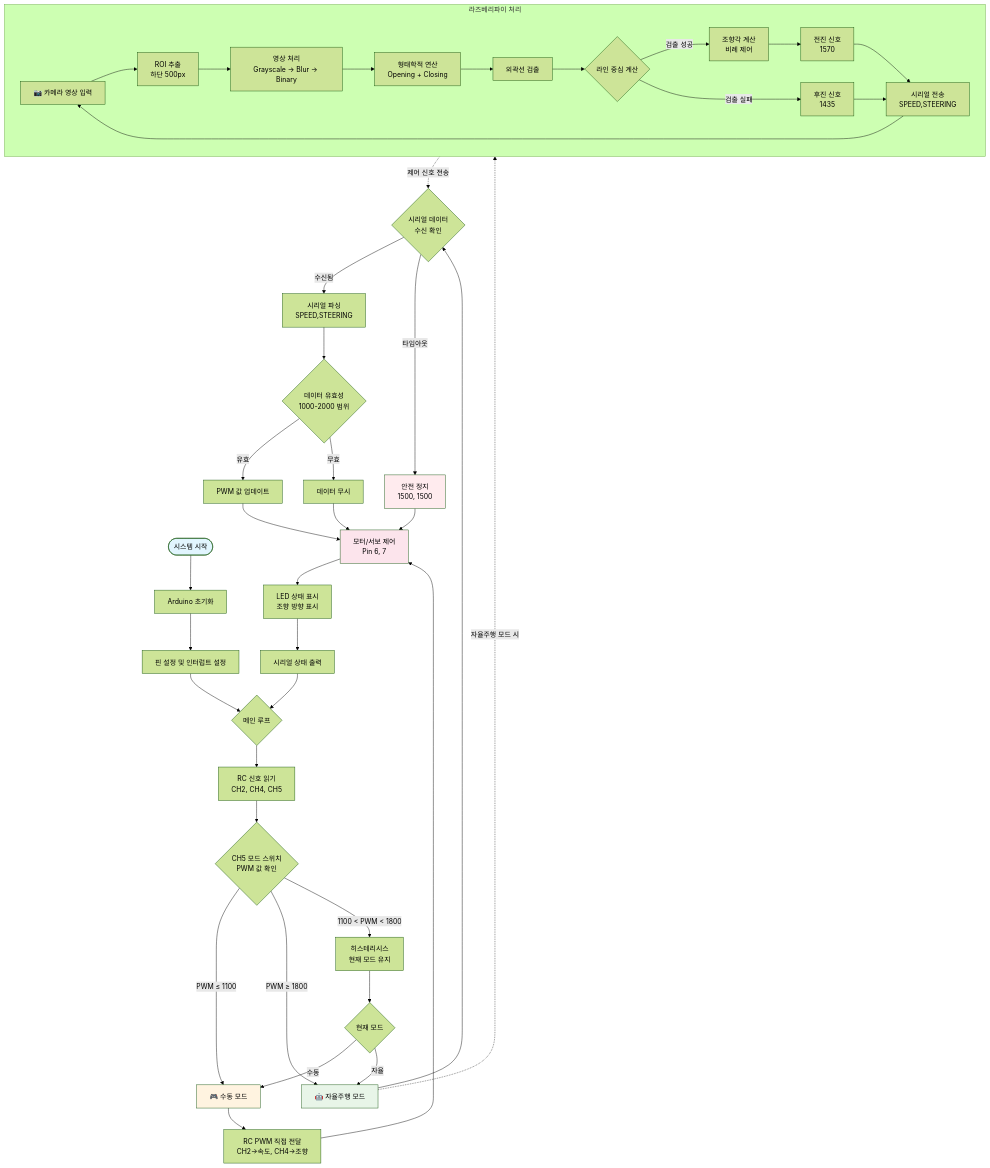
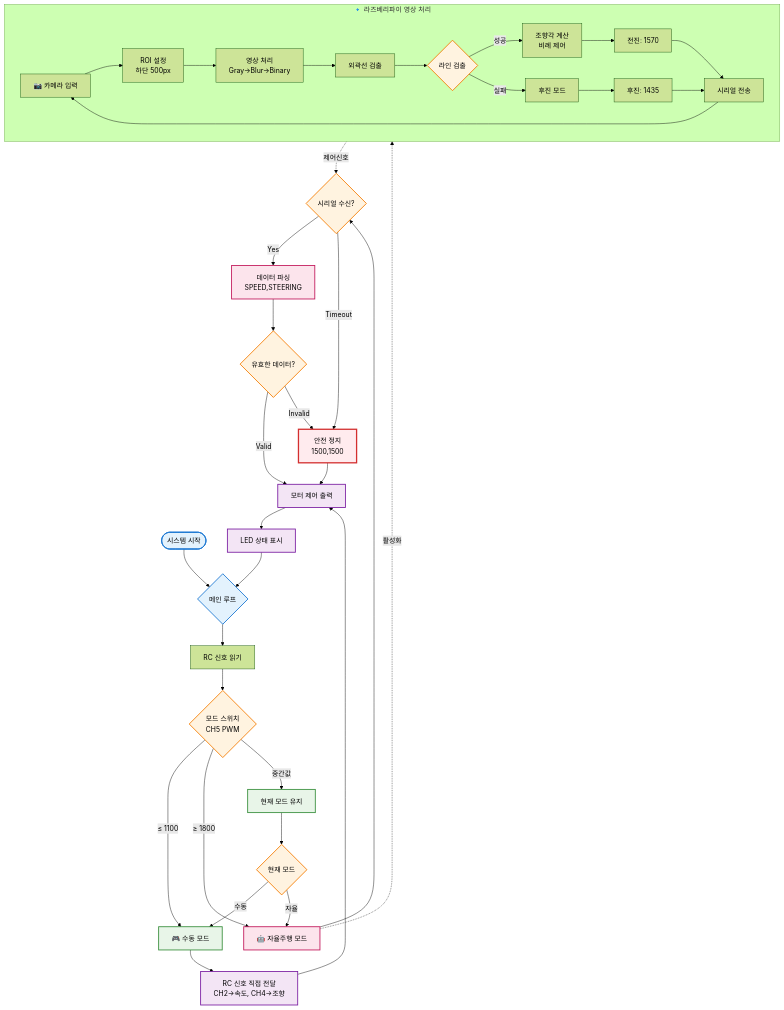
Before and after one commit to happycat0502/mission_3: the diagram in README.md, drawn with Mermaid (forest theme).

````diff
--- a/README.md
+++ b/README.md
@@ -224,62 +224,71 @@
 ```mermaid
 flowchart TD
-    Start([시스템 시작]) --> Init[Arduino 초기화]
-    Init --> Setup[핀 설정 및 인터럽트 설정]
-    Setup --> MainLoop{메인 루프}
+    %% Arduino 메인 시스템
+    Start([시스템 시작]) --> MainLoop{메인 루프}
+    MainLoop --> ReadRC[RC 신호 읽기]
+    ReadRC --> CheckMode{모드 스위치<br/>CH5 PWM}
     
-    MainLoop --> ReadRC[RC 신호 읽기<br/>CH2, CH4, CH5]
-    ReadRC --> CheckMode{CH5 모드 스위치<br/>PWM 값 확인}
+    %% 모드 분기
+    CheckMode -->|≤ 1100| Manual[🎮 수동 모드]
+    CheckMode -->|≥ 1800| Auto[🤖 자율주행 모드]
+    CheckMode -->|중간값| Hysteresis[현재 모드 유지]
     
-    CheckMode -->|PWM ≤ 1100| ManualMode[🎮 수동 모드]
-    CheckMode -->|PWM ≥ 1800| AutoMode[🤖 자율주행 모드]
-    CheckMode -->|1100 < PWM < 1800| Hysteresis[히스테리시스<br/>현재 모드 유지]
+    %% 수동 모드 처리
+    Manual --> DirectControl[RC 신호 직접 전달<br/>CH2→속도, CH4→조향]
+    DirectControl --> Output[모터 제어 출력]
     
-    ManualMode --> DirectPWM[RC PWM 직접 전달<br/>CH2→속도, CH4→조향]
-    DirectPWM --> MotorOutput[모터/서보 제어<br/>Pin 6, 7]
+    %% 자율주행 모드 처리
+    Auto --> SerialCheck{시리얼 수신?}
+    SerialCheck -->|Yes| ParseData[데이터 파싱<br/>SPEED,STEERING]
+    SerialCheck -->|Timeout| SafeStop[안전 정지<br/>1500,1500]
     
-    AutoMode --> SerialCheck{시리얼 데이터<br/>수신 확인}
-    SerialCheck -->|수신됨| ParseSerial[시리얼 파싱<br/>SPEED,STEERING]
-    SerialCheck -->|타임아웃| SafetyStop[안전 정지<br/>1500, 1500]
+    ParseData --> Validate{유효한 데이터?}
+    Validate -->|Valid| Output
+    Validate -->|Invalid| SafeStop
+    SafeStop --> Output
     
-    ParseSerial --> ValidateData{데이터 유효성<br/>1000-2000 범위}
-    ValidateData -->|유효| UpdatePWM[PWM 값 업데이트]
-    ValidateData -->|무효| IgnoreData[데이터 무시]
+    %% 출력 및 피드백
+    Output --> LEDStatus[LED 상태 표시]
+    LEDStatus --> MainLoop
     
-    UpdatePWM --> MotorOutput
-    SafetyStop --> MotorOutput
-    IgnoreData --> MotorOutput
+    %% 히스테리시스 처리
+    Hysteresis --> CurrentMode{현재 모드}
+    CurrentMode -->|수동| Manual
+    CurrentMode -->|자율| Auto
     
-    MotorOutput --> LEDControl[LED 상태 표시<br/>조향 방향 표시]
-    LEDControl --> StatusOutput[시리얼 상태 출력]
-    StatusOutput --> MainLoop
-    
-    Hysteresis --> CurrentMode{현재 모드}
-    CurrentMode -->|수동| ManualMode
-    CurrentMode -->|자율| AutoMode
-    
-    subgraph RaspberryPi [라즈베리파이 처리]
-        CameraInput[📷 카메라 영상 입력] --> ROIExtract[ROI 추출<br/>하단 500px]
-        ROIExtract --> ImageProcess[영상 처리<br/>Grayscale → Blur → Binary]
-        ImageProcess --> MorphOps[형태학적 연산<br/>Opening + Closing]
-        MorphOps --> ContourDetect[외곽선 검출]
-        ContourDetect --> LineCenter{라인 중심 계산}
+    %% 라즈베리파이 영상 처리 시스템
+    subgraph RPi ["🔹 라즈베리파이 영상 처리"]
+        Camera[📷 카메라 입력] --> ROI[ROI 설정<br/>하단 500px]
+        ROI --> Process[영상 처리<br/>Gray→Blur→Binary]
+        Process --> Contour[외곽선 검출]
+        Contour --> LineDetect{라인 검출}
         
-        LineCenter -->|검출 성공| CalcSteering[조향각 계산<br/>비례 제어]
-        LineCenter -->|검출 실패| BackwardSignal[후진 신호<br/>1435]
+        LineDetect -->|성공| Steering[조향각 계산<br/>비례 제어]
+        LineDetect -->|실패| Backward[후진 모드]
         
-        CalcSteering --> ForwardSignal[전진 신호<br/>1570]
-        ForwardSignal --> SerialSend[시리얼 전송<br/>SPEED,STEERING]
-        BackwardSignal --> SerialSend
-        
-        SerialSend --> CameraInput
+        Steering --> Forward[전진: 1570]
+        Backward --> BackSignal[후진: 1435]
+        Forward --> Send[시리얼 전송]
+        BackSignal --> Send
+        Send --> Camera
     end
     
-    AutoMode -.->|자율주행 모드 시| RaspberryPi
-    RaspberryPi -.->|제어 신호 전송| SerialCheck
+    %% 시스템 간 연결
+    Auto -.->|활성화| RPi
+    RPi -.->|제어신호| SerialCheck
     
-    style Start fill:#e1f5fe
-    style ManualMode fill:#fff3e0
-    style AutoMode fill:#e8f5e8
-    style MotorOutput fill:#fce4ec
-    style SafetyStop fill:#ffebee
+    %% 스타일링
+    classDef startEnd fill:#e3f2fd,stroke:#1976d2,stroke-width:2px
+    classDef process fill:#f3e5f5,stroke:#7b1fa2,stroke-width:2px
+    classDef decision fill:#fff3e0,stroke:#f57c00,stroke-width:2px
+    classDef manual fill:#e8f5e8,stroke:#388e3c,stroke-width:2px
+    classDef auto fill:#fce4ec,stroke:#c2185b,stroke-width:2px
+    classDef safety fill:#ffebee,stroke:#d32f2f,stroke-width:3px
+    
+    class Start,MainLoop startEnd
+    class Output,LEDStatus,DirectControl process
+    class CheckMode,SerialCheck,Validate,LineDetect,CurrentMode decision
+    class Manual,Hysteresis manual
+    class Auto,ParseData auto
+    class SafeStop safety
 ```
````
